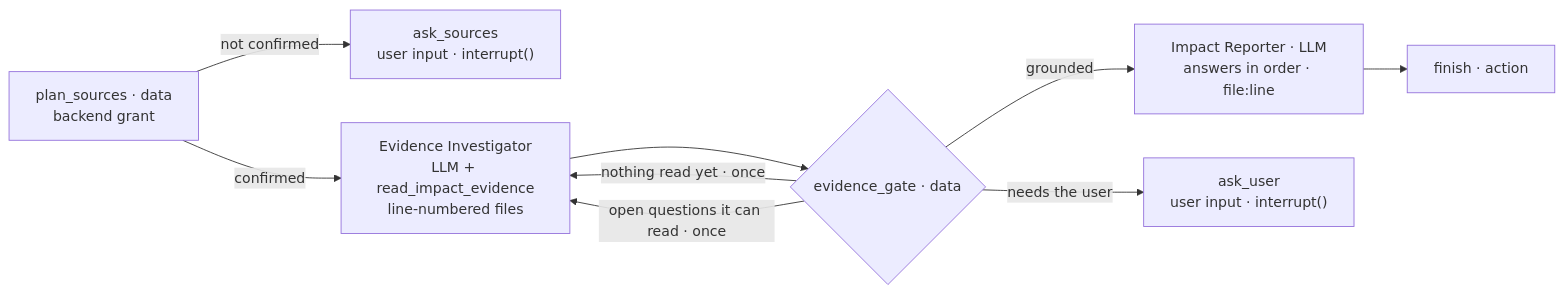
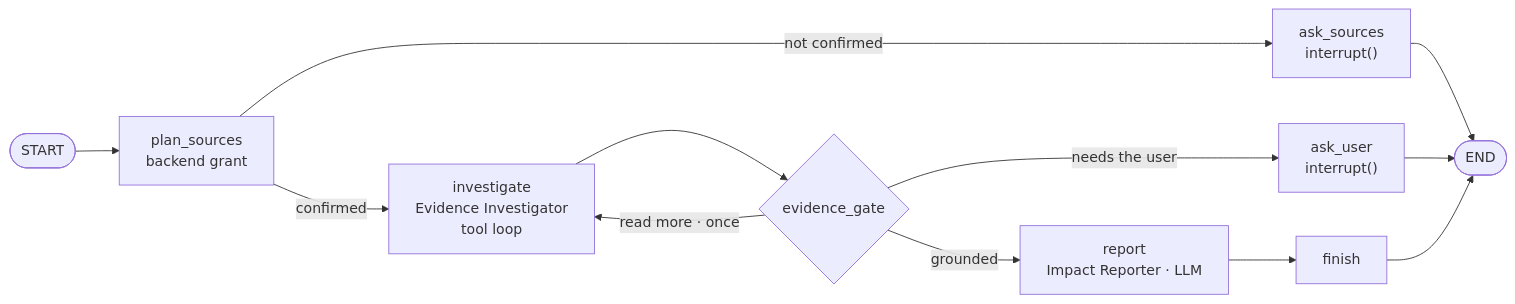
The seventh of 9 diagrams in README.md (shankasf/small_migration), drawn with Mermaid before and after one commit. The commit also changed other lines of this file, not shown here.

First line of the commit message:
Replace README flowcharts with simpler ones and a complete LangGraph flow [skip ci]

````diff
--- a/README.md
+++ b/README.md
@@ -799,11 +720,14 @@
 ```mermaid
 flowchart LR
-    PS["plan_sources · data<br/>backend grant"] -- "not confirmed" --> AS["ask_sources<br/>user input · interrupt()"]
-    PS -- confirmed --> IN["Evidence Investigator<br/>LLM + read_impact_evidence<br/>line-numbered files"]
-    IN --> EG{"evidence_gate · data"}
-    EG -- "nothing read yet · once" --> IN
-    EG -- "open questions it can read · once" --> IN
-    EG -- grounded --> RP["Impact Reporter · LLM<br/>answers in order · file:line"]
-    EG -- "needs the user" --> AK["ask_user<br/>user input · interrupt()"]
-    RP --> FI["finish · action"]
+    S(["START"]) --> PS["plan_sources<br/>backend grant"]
+    PS -- "not confirmed" --> AS["ask_sources<br/>interrupt()"]
+    PS -- "confirmed" --> INV["investigate<br/>Evidence Investigator<br/>tool loop"]
+    INV --> EG{"evidence_gate"}
+    EG -- "read more · once" --> INV
+    EG -- "grounded" --> RP["report<br/>Impact Reporter · LLM"]
+    EG -- "needs the user" --> AU["ask_user<br/>interrupt()"]
+    RP --> FI["finish"]
+    AS --> E(["END"])
+    AU --> E
+    FI --> E
 ```
````
